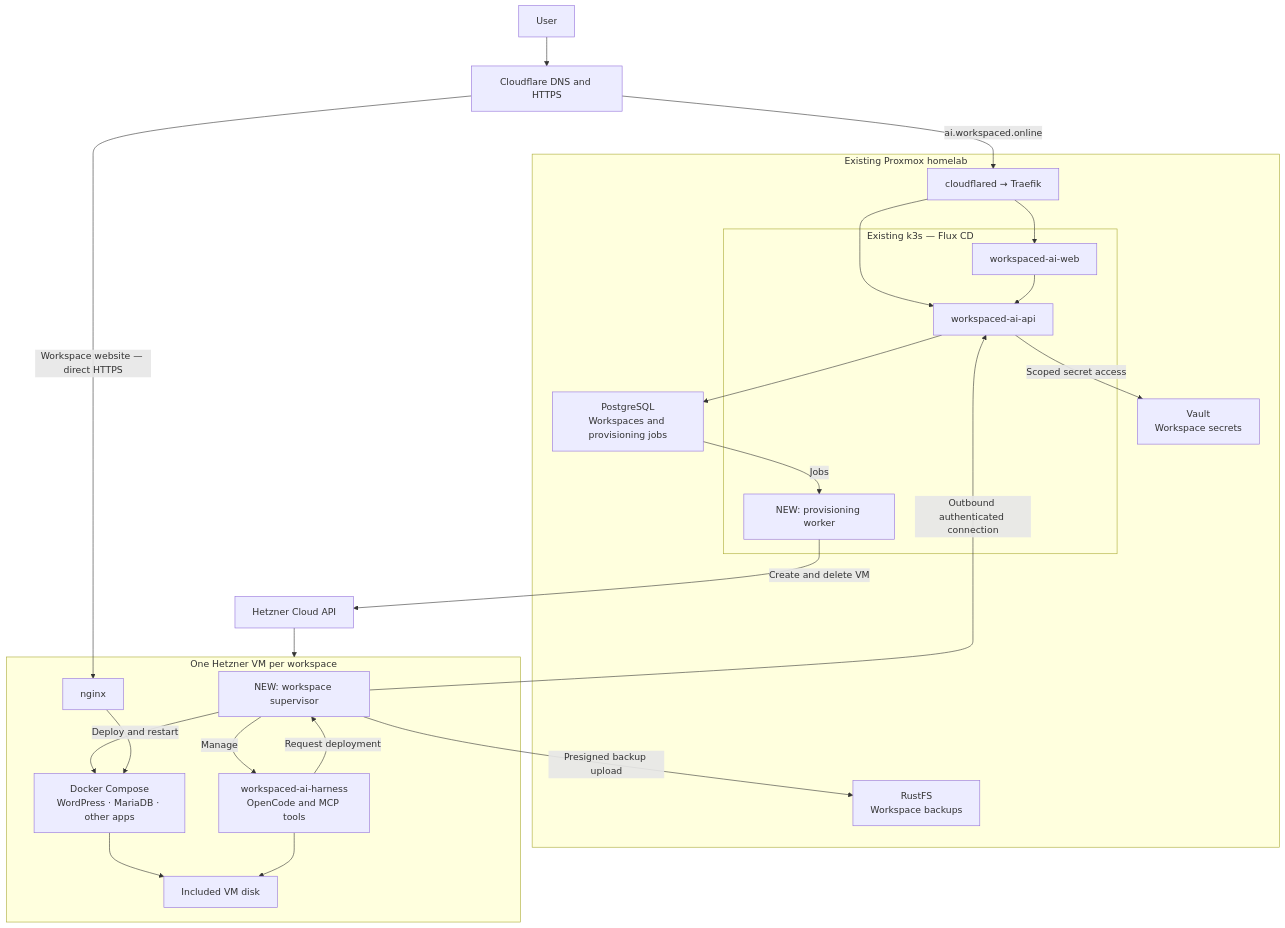
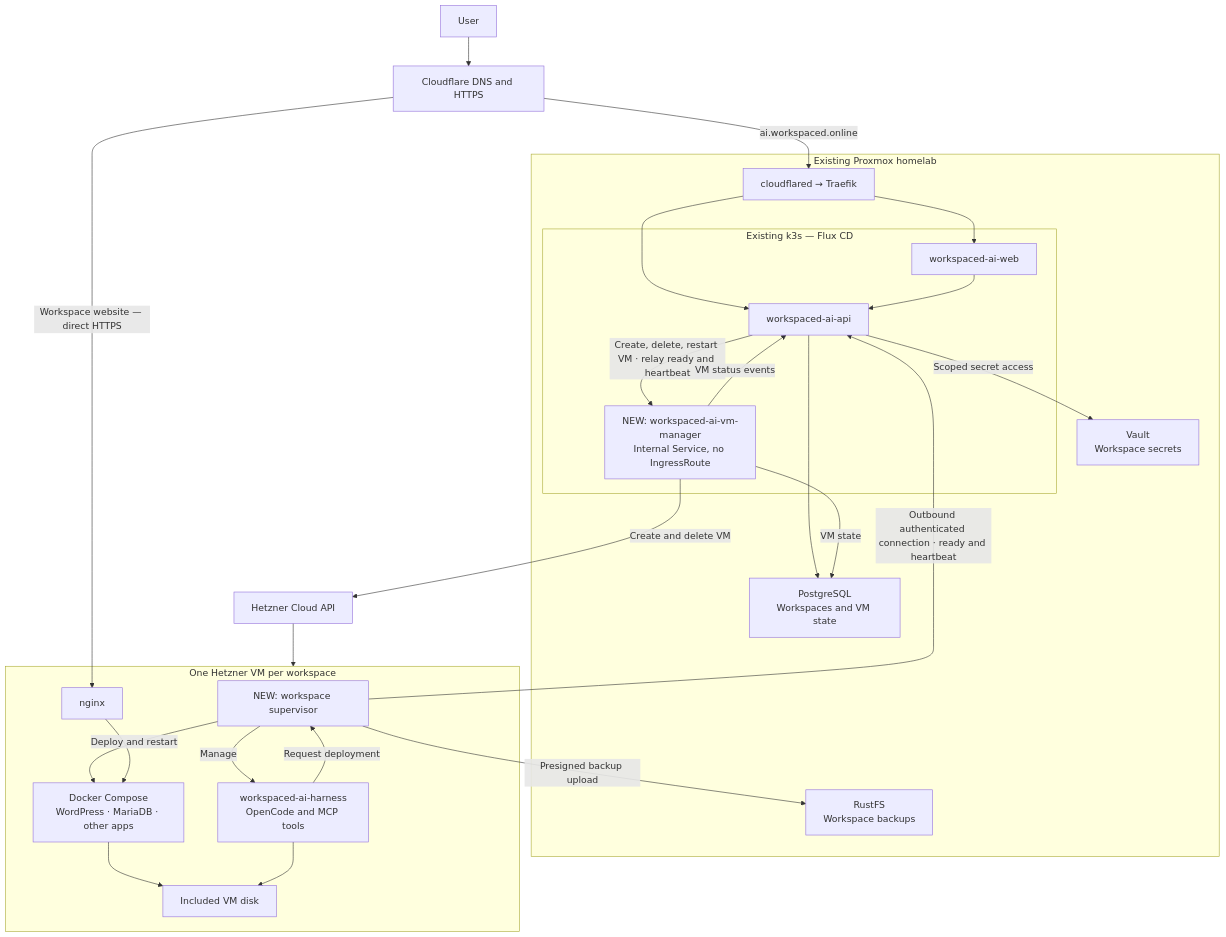
Before and after one commit to kalpak44/workspaced-ai: the diagram in docs/hetzner-vm-runtime.md, drawn with Mermaid. The commit also changed other lines of this file and 11 other files, not shown here.

Commit message:
Add internal VM manager service with placeholder endpoints

````diff
--- a/docs/hetzner-vm-runtime.md
+++ b/docs/hetzner-vm-runtime.md
@@ -8,51 +12,53 @@
 ```mermaid
 flowchart TB
     USER["User"]
     CF["Cloudflare DNS and HTTPS"]
 
     subgraph HOME["Existing Proxmox homelab"]
         TUNNEL["cloudflared → Traefik"]
 
         subgraph K3S["Existing k3s — Flux CD"]
             WEB["workspaced-ai-web"]
             API["workspaced-ai-api"]
-            WORKER["NEW: provisioning worker"]
+            VMM["NEW: workspaced-ai-vm-manager<br/>Internal Service, no IngressRoute"]
         end
 
-        PG["PostgreSQL<br/>Workspaces and provisioning jobs"]
+        PG["PostgreSQL<br/>Workspaces and VM state"]
         VAULT["Vault<br/>Workspace secrets"]
         BACKUP["RustFS<br/>Workspace backups"]
 
         TUNNEL --> WEB
         TUNNEL --> API
         WEB --> API
         API --> PG
-        PG -->|"Jobs"| WORKER
+        API -->|"Create, delete, restart VM · relay ready and heartbeat"| VMM
+        VMM -->|"VM status events"| API
+        VMM -->|"VM state"| PG
         API -->|"Scoped secret access"| VAULT
     end
 
     HC["Hetzner Cloud API"]
 
     subgraph VM["One Hetzner VM per workspace"]
         AGENT["NEW: workspace supervisor"]
         HARNESS["workspaced-ai-harness<br/>OpenCode and MCP tools"]
         NGINX["nginx"]
         APPS["Docker Compose<br/>WordPress · MariaDB · other apps"]
         DISK["Included VM disk"]
 
         AGENT -->|"Manage"| HARNESS
         HARNESS -->|"Request deployment"| AGENT
         AGENT -->|"Deploy and restart"| APPS
         NGINX --> APPS
         APPS --> DISK
         HARNESS --> DISK
     end
 
     USER --> CF
     CF -->|"ai.workspaced.online"| TUNNEL
     CF -->|"Workspace website — direct HTTPS"| NGINX
-    WORKER -->|"Create and delete VM"| HC
+    VMM -->|"Create and delete VM"| HC
     HC --> VM
-    AGENT -->|"Outbound authenticated connection"| API
+    AGENT -->|"Outbound authenticated connection · ready and heartbeat"| API
     AGENT -->|"Presigned backup upload"| BACKUP
 ```
````
